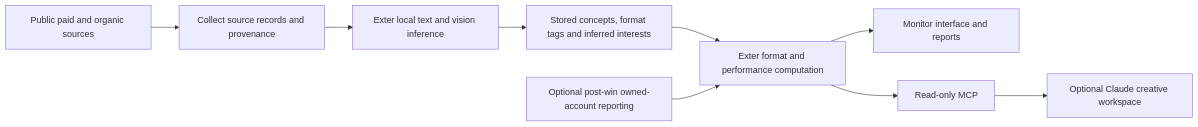
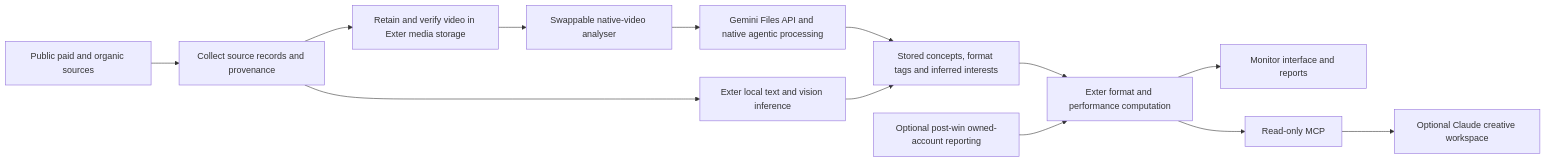
The diagram in docs/ARCHITECTURE.md (beng174/Exter-AI), drawn with Mermaid before and after one commit. The commit also changed other lines of this file and 40 other files, not shown here.

Commit message:
Add native Gemini video analysis with retained media and evaluation

````diff
--- a/docs/ARCHITECTURE.md
+++ b/docs/ARCHITECTURE.md
@@ -5,11 +5,15 @@
 ```mermaid
 flowchart LR
   P[Public paid and organic sources] --> I[Collect source records and provenance]
   I --> B[Exter local text and vision inference]
+  I --> V[Retain and verify video in Exter media storage]
+  V --> N[Swappable native-video analyser]
+  N --> G[Gemini Files API and native agentic processing]
+  G --> D
   B --> D[Stored concepts, format tags and inferred interests]
   D --> A[Exter format and performance computation]
   A --> U[Monitor interface and reports]
   A --> M[Read-only MCP]
   M --> C[Optional Claude creative workspace]
   O[Optional post-win owned-account reporting] --> A
 ```
````
